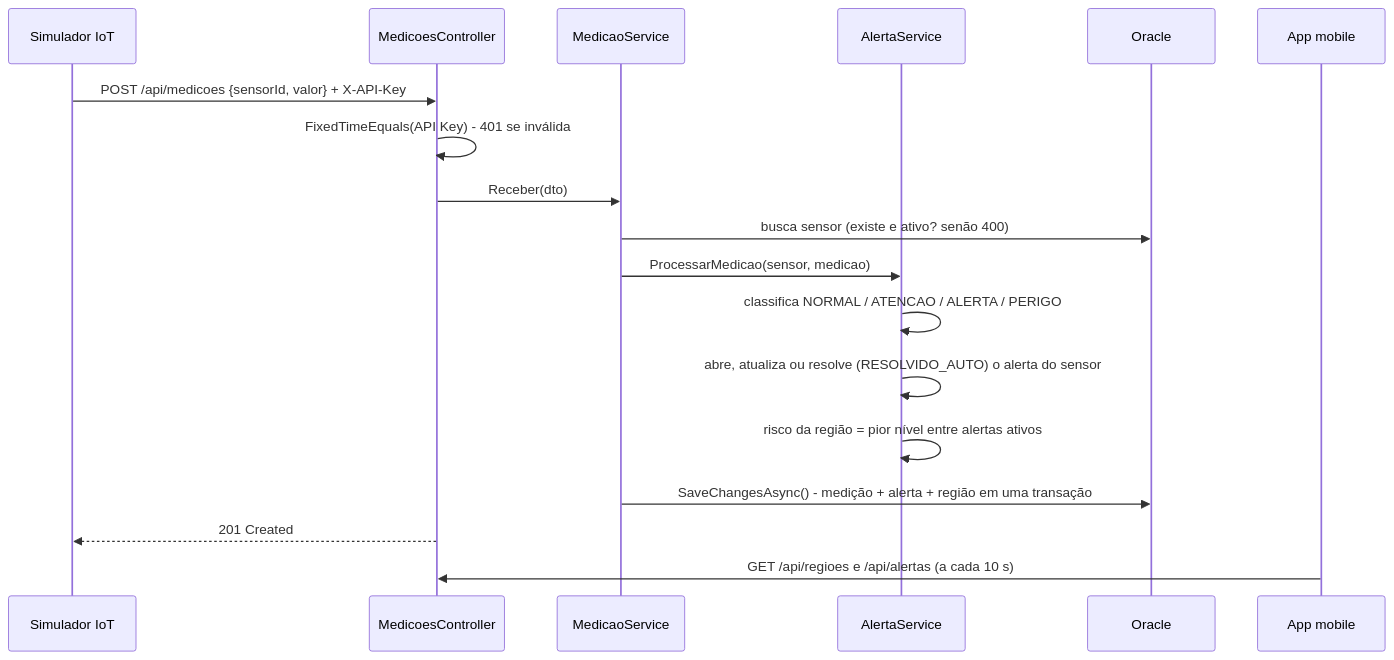
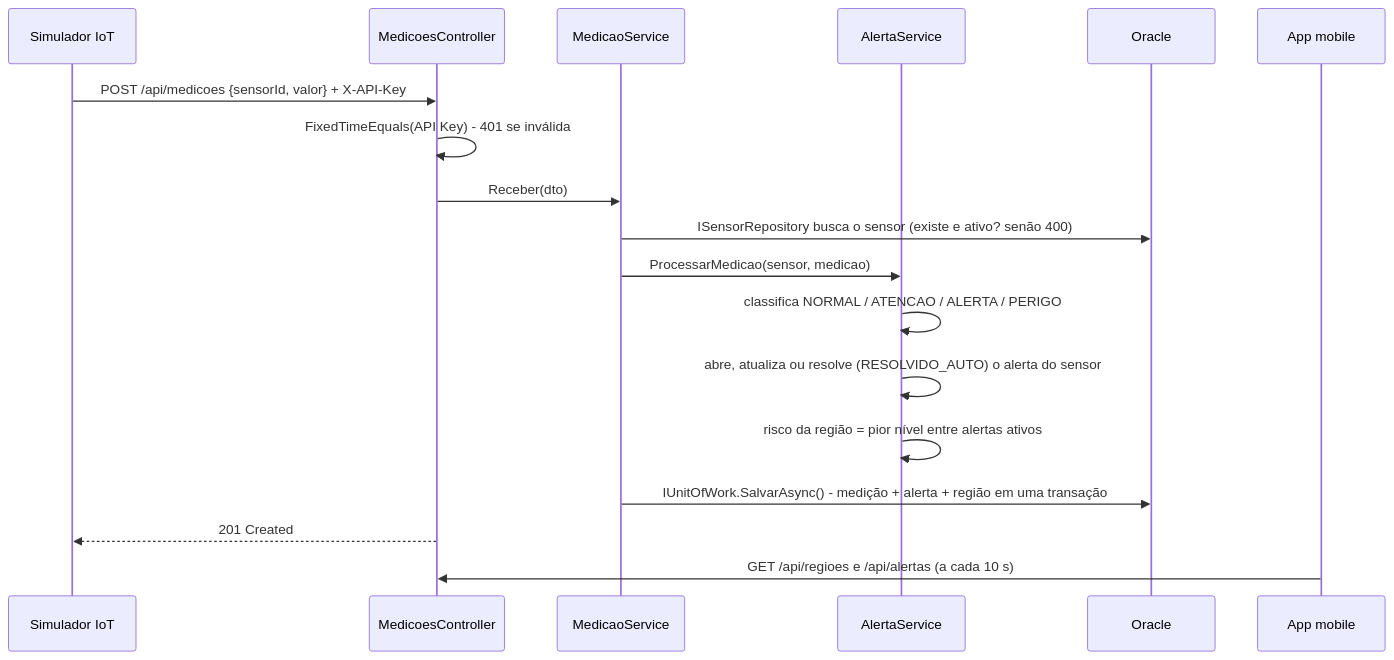
The diagram in docs/arquitetura/arquitetura.md (GuiSaccomani/AlertaJA), drawn with Mermaid before and after one commit. The commit also changed other lines of this file and 20 other files, not shown here.

````diff
--- a/docs/arquitetura/arquitetura.md
+++ b/docs/arquitetura/arquitetura.md
@@ -37,20 +41,20 @@
 ```mermaid
 sequenceDiagram
     participant S as Simulador IoT
     participant C as MedicoesController
     participant M as MedicaoService
     participant A as AlertaService
     participant DB as Oracle
     participant APP as App mobile
     S->>C: POST /api/medicoes {sensorId, valor} + X-API-Key
     C->>C: FixedTimeEquals(API Key) - 401 se inválida
     C->>M: Receber(dto)
-    M->>DB: busca sensor (existe e ativo? senão 400)
+    M->>DB: ISensorRepository busca o sensor (existe e ativo? senão 400)
     M->>A: ProcessarMedicao(sensor, medicao)
     A->>A: classifica NORMAL / ATENCAO / ALERTA / PERIGO
     A->>A: abre, atualiza ou resolve (RESOLVIDO_AUTO) o alerta do sensor
     A->>A: risco da região = pior nível entre alertas ativos
-    M->>DB: SaveChangesAsync() - medição + alerta + região em uma transação
+    M->>DB: IUnitOfWork.SalvarAsync() - medição + alerta + região em uma transação
     C-->>S: 201 Created
     APP->>C: GET /api/regioes e /api/alertas (a cada 10 s)
 ```
````
